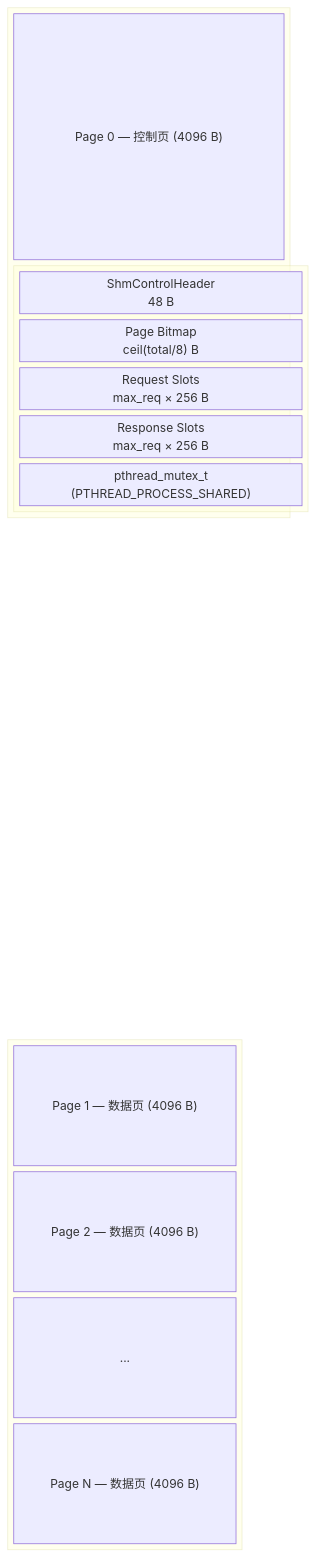
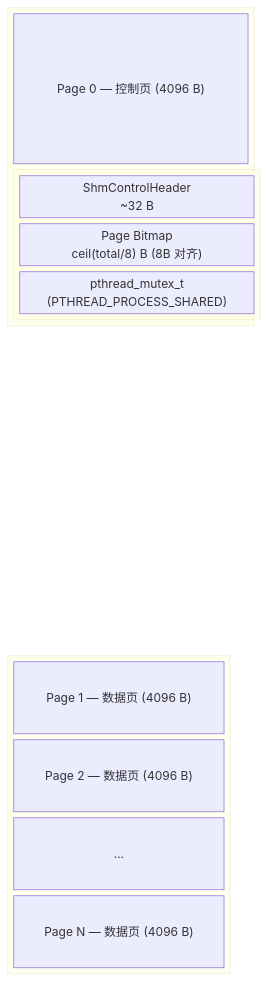
One commit to Faye-bit/MiniOS_CUG_SE_OS changed the eighth of 16 diagrams in design.md. Above: the diagram before and after it, drawn with Mermaid. The commit also changed other lines of this file, not shown here.

````diff
--- a/design.md
+++ b/design.md
@@ -249,28 +268,26 @@
 ```mermaid
 block-beta
     columns 1
 
     block:page0
         columns 1
         p0title["Page 0 — 控制页 (4096 B)"]:1
 
         block:ctrl
-            columns 5
-            header["ShmControlHeader<br/>48 B"]:5
-            pbitmap["Page Bitmap<br/>ceil(total/8) B"]:5
-            req["Request Slots<br/>max_req × 256 B"]:5
-            resp["Response Slots<br/>max_req × 256 B"]:5
-            mutex["pthread_mutex_t<br/>(PTHREAD_PROCESS_SHARED)"]:5
+            columns 3
+            header["ShmControlHeader<br/>~32 B"]:3
+            pbitmap["Page Bitmap<br/>ceil(total/8) B (8B 对齐)"]:3
+            mutex["pthread_mutex_t<br/>(PTHREAD_PROCESS_SHARED)"]:3
         end
     end
 
     space
 
     block:pages
         columns 1
         p1["Page 1 — 数据页 (4096 B)"]:1
         p2["Page 2 — 数据页 (4096 B)"]:1
         p3["..."]:1
         pn["Page N — 数据页 (4096 B)"]:1
     end
 ```
````
